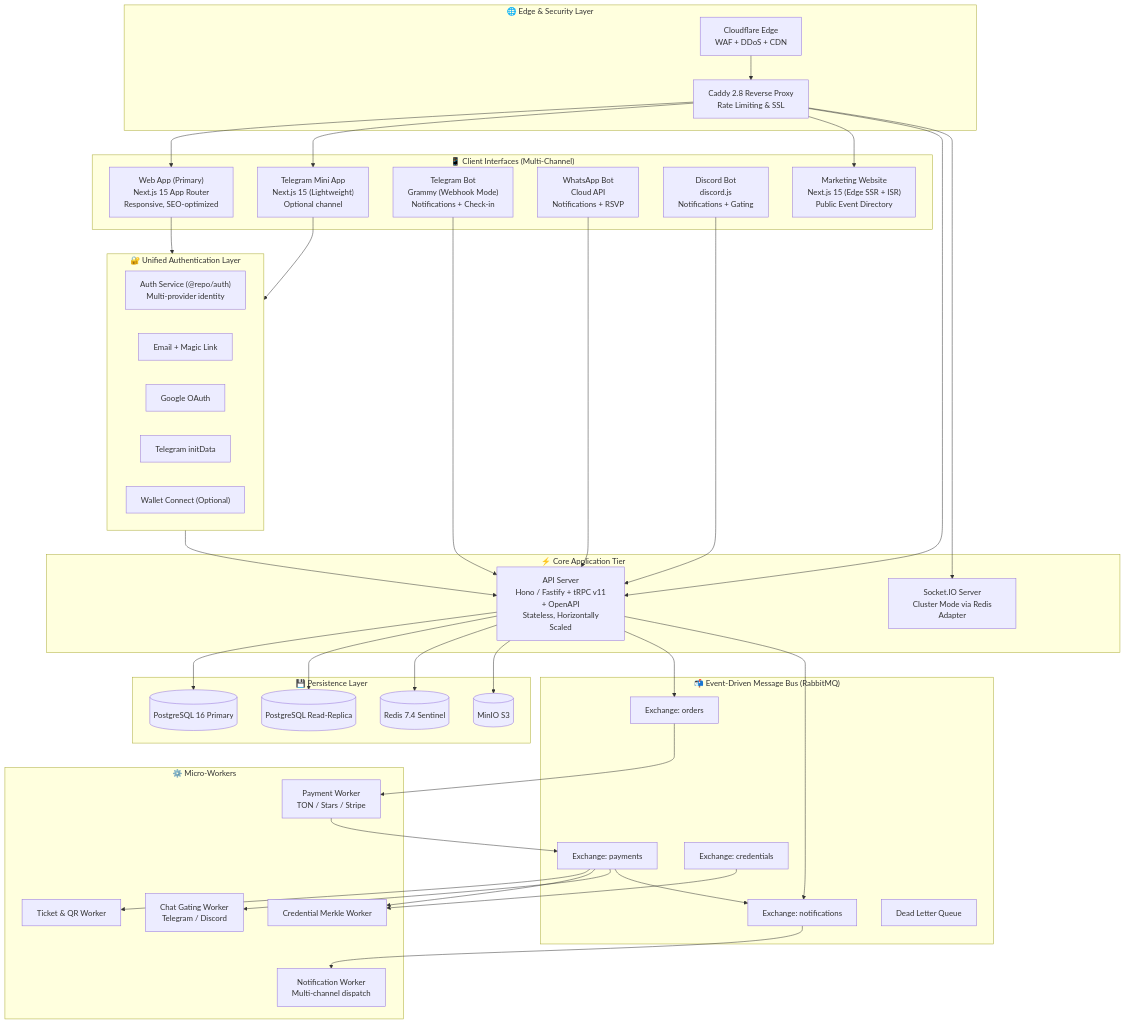
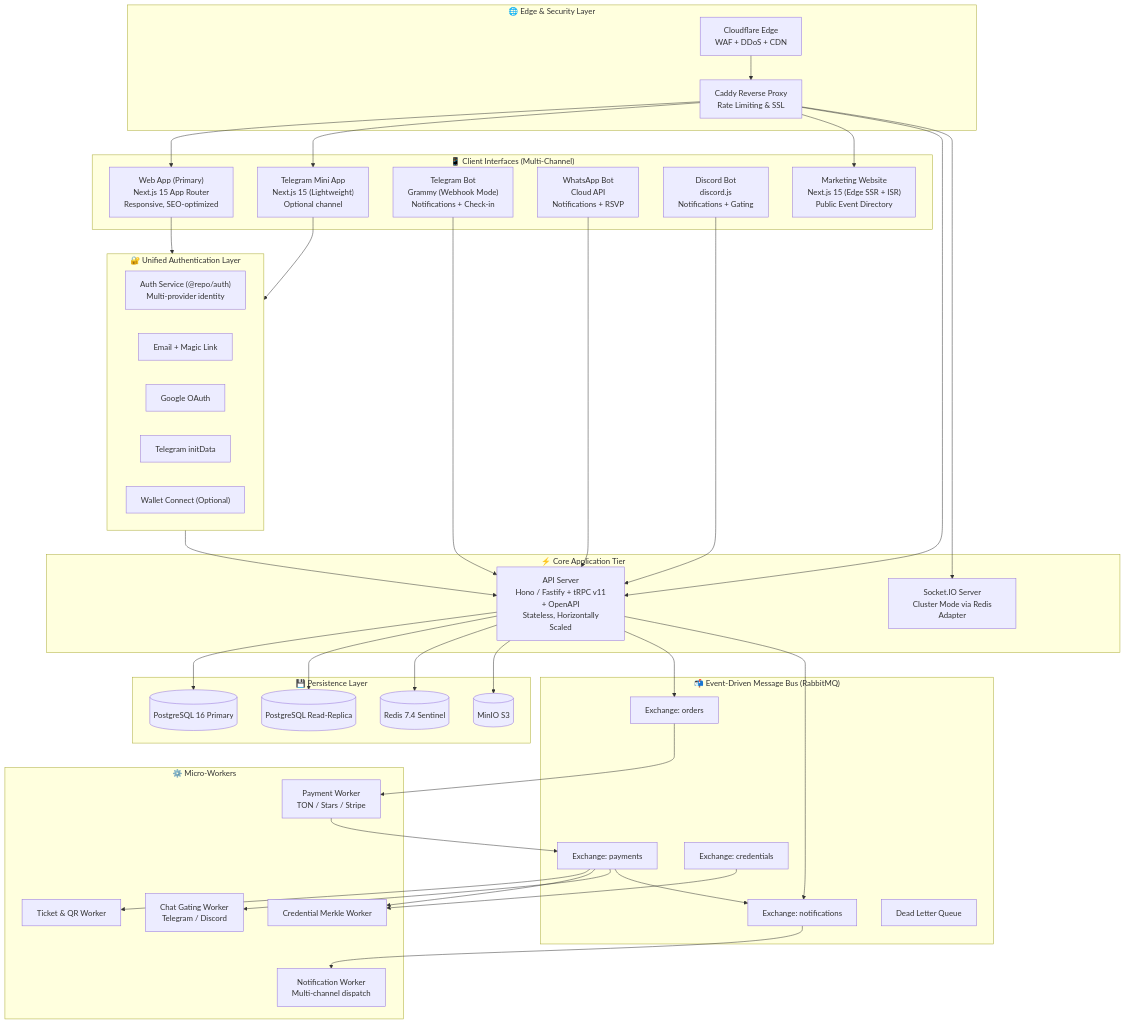
One commit to ExecutESG/onton changed the second of 8 diagrams in knowledge_base/to_be_technical_blueprint.md. Above: the diagram before and after it, drawn with Mermaid. The commit also changed other lines of this file and 41 other files, not shown here.

````diff
--- a/knowledge_base/to_be_technical_blueprint.md
+++ b/knowledge_base/to_be_technical_blueprint.md
@@ -85,71 +89,71 @@
 ```mermaid
 graph TB
     subgraph Clients["📱 Client Interfaces (Multi-Channel)"]
         WebApp["Web App (Primary)\n Next.js 15 App Router\n Responsive, SEO-optimized"]
         TMA["Telegram Mini App\n Next.js 15 (Lightweight)\n Optional channel"]
         TGBot["Telegram Bot\n Grammy (Webhook Mode)\n Notifications + Check-in"]
         WABot["WhatsApp Bot\n Cloud API\n Notifications + RSVP"]
         DiscordBot["Discord Bot\n discord.js\n Notifications + Gating"]
         Marketing["Marketing Website\n Next.js 15 (Edge SSR + ISR)\n Public Event Directory"]
     end
 
     subgraph AuthLayer["🔐 Unified Authentication Layer"]
         AuthService["Auth Service (@repo/auth)\n Multi-provider identity"]
         EmailAuth["Email + Magic Link"]
         GoogleAuth["Google OAuth"]
         TGAuth["Telegram initData"]
         WalletAuth["Wallet Connect (Optional)"]
     end
 
     subgraph IngressLayer["🌐 Edge & Security Layer"]
         CF["Cloudflare Edge\n WAF + DDoS + CDN"]
-        CaddyProxy["Caddy 2.8 Reverse Proxy\n Rate Limiting & SSL"]
+        CaddyProxy["Caddy Reverse Proxy\n Rate Limiting & SSL"]
     end
 
     subgraph AppTier["⚡ Core Application Tier"]
         APIServer["API Server\n Hono / Fastify + tRPC v11 + OpenAPI\n Stateless, Horizontally Scaled"]
         SocketCluster["Socket.IO Server\n Cluster Mode via Redis Adapter"]
     end
 
     subgraph EventBus["📬 Event-Driven Message Bus (RabbitMQ)"]
         ExOrders["Exchange: orders"]
         ExPayments["Exchange: payments"]
         ExCredentials["Exchange: credentials"]
         ExNotifications["Exchange: notifications"]
         DLQ["Dead Letter Queue"]
     end
 
     subgraph WorkerFleet["⚙️ Micro-Workers"]
         WPayment["Payment Worker\n TON / Stars / Stripe"]
         WTicket["Ticket & QR Worker"]
         WSBT["Credential Merkle Worker"]
         WNotify["Notification Worker\n Multi-channel dispatch"]
         WGate["Chat Gating Worker\n Telegram / Discord"]
     end
 
     subgraph DataTier["💾 Persistence Layer"]
         PGMaster[("PostgreSQL 16 Primary")]
         PGReplica[("PostgreSQL Read-Replica")]
         RedisCluster[("Redis 7.4 Sentinel")]
         MinIOStore[("MinIO S3")]
     end
 
     CF --> CaddyProxy
     CaddyProxy --> WebApp & TMA & Marketing & APIServer & SocketCluster
 
     WebApp --> AuthLayer --> APIServer
     TMA --> AuthLayer
     TGBot --> APIServer
     WABot --> APIServer
     DiscordBot --> APIServer
 
     APIServer --> PGMaster & PGReplica & RedisCluster & MinIOStore
     APIServer --> ExOrders & ExNotifications
 
     ExOrders --> WPayment
     WPayment --> ExPayments
     ExPayments --> WTicket & WSBT & WGate
     ExPayments --> ExNotifications
     ExNotifications --> WNotify
     ExCredentials --> WSBT
 ```
````
